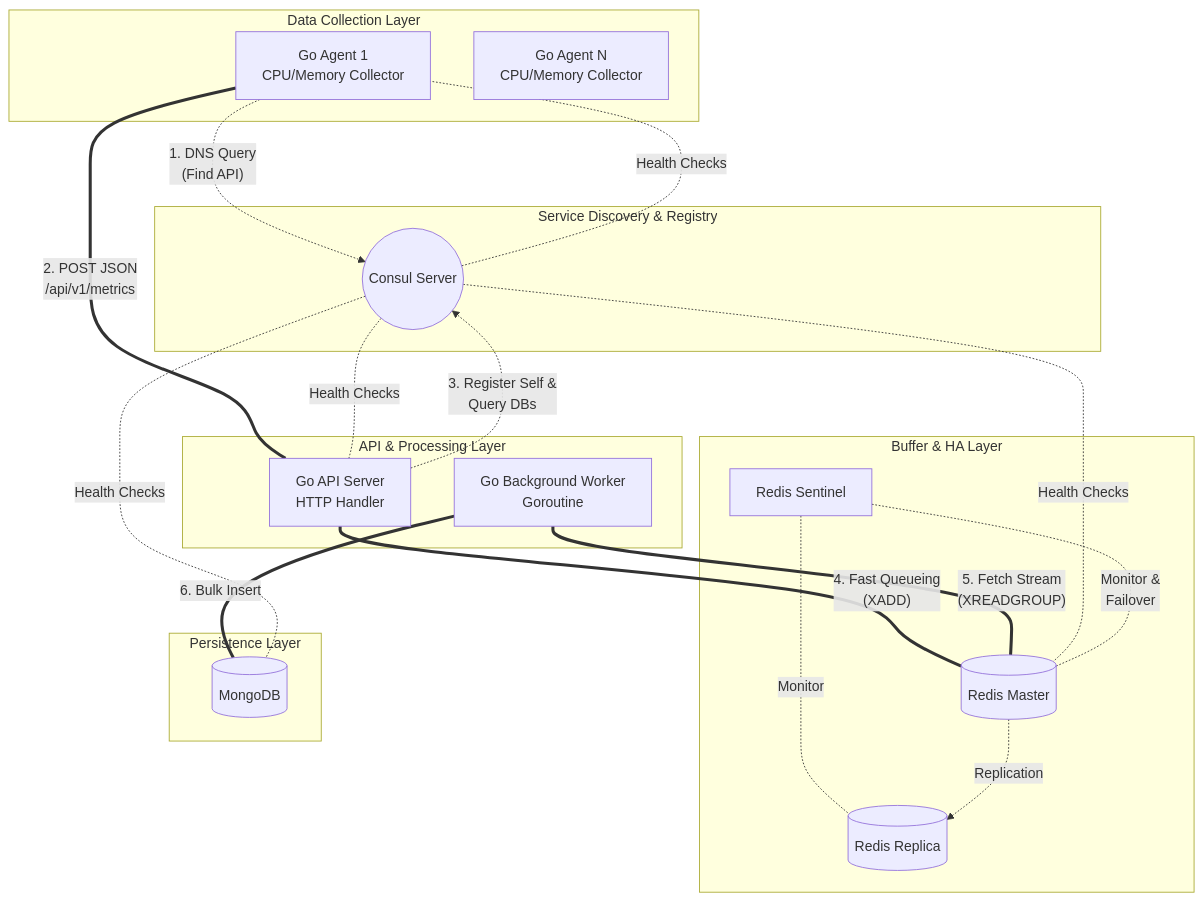
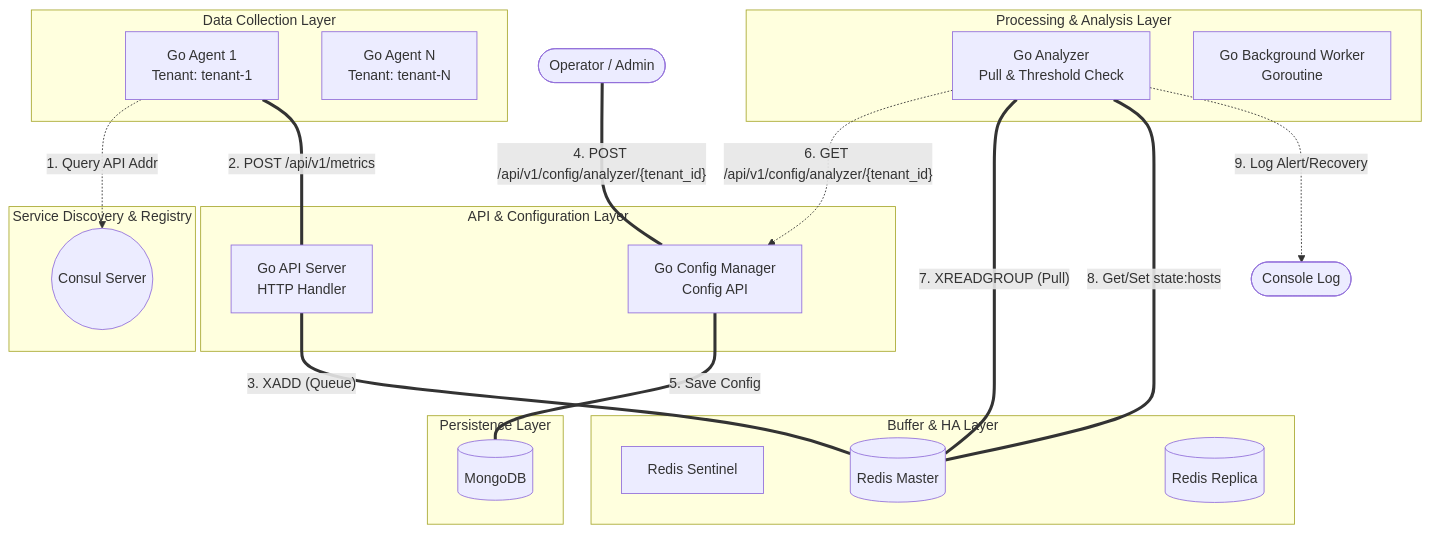
One commit to ank0chiya/watch-system changed the diagram in docs/architecture.md. Above: the diagram before and after it, drawn with Mermaid. The commit also changed other lines of this file and 11 other files, not shown here.

````diff
--- a/docs/architecture.md
+++ b/docs/architecture.md
@@ -9,48 +9,48 @@
 ```mermaid
 graph TD
     subgraph "Data Collection Layer"
-        Agent1[Go Agent 1<br/>CPU/Memory Collector]
-        Agent2[Go Agent N<br/>CPU/Memory Collector]
+        Agent1[Go Agent 1<br/>Tenant: tenant-1]
+        Agent2[Go Agent N<br/>Tenant: tenant-N]
     end
 
     subgraph "Service Discovery & Registry"
         Consul((Consul Server))
     end
 
-    subgraph "API & Processing Layer"
+    subgraph "API & Configuration Layer"
         API[Go API Server<br/>HTTP Handler]
+        ConfigMgr[Go Config Manager<br/>Config API]
+    end
+
+    subgraph "Processing & Analysis Layer"
+        Analyzer[Go Analyzer<br/>Pull & Threshold Check]
         Worker[Go Background Worker<br/>Goroutine]
     end
 
     subgraph "Buffer & HA Layer"
         Sentinel[Redis Sentinel]
         RedisM[(Redis Master)]
         RedisR[(Redis Replica)]
     end
 
     subgraph "Persistence Layer"
         Mongo[(MongoDB)]
     end
 
     %% Agent Flow
-    Agent1 -. "1. DNS Query<br/>(Find API)" .-> Consul
-    Agent1 == "2. POST JSON<br/>/api/v1/metrics" === API
+    Agent1 -. "1. Query API Addr" .-> Consul
+    Agent1 == "2. POST /api/v1/metrics" === API
     
     %% API Flow
-    API -. "3. Register Self &<br/>Query DBs" .-> Consul
-    API == "4. Fast Queueing<br/>(XADD)" === RedisM
+    API == "3. XADD (Queue)" === RedisM
     
-    %% Worker Flow
-    Worker == "5. Fetch Stream<br/>(XREADGROUP)" === RedisM
-    Worker == "6. Bulk Insert" === Mongo
+    %% Config Flow
+    User([Operator / Admin]) == "4. POST /api/v1/config/analyzer/{tenant_id}" === ConfigMgr
+    ConfigMgr == "5. Save Config" === Mongo
     
-    %% Health Checks & HA
-    Consul -. "Health Checks" .- Agent1
-    Consul -. "Health Checks" .- API
-    Consul -. "Health Checks" .- RedisM
-    Consul -. "Health Checks" .- Mongo
-    
-    Sentinel -. "Monitor &<br/>Failover" .- RedisM
-    Sentinel -. "Monitor" .- RedisR
-    RedisM -. "Replication" .-> RedisR
+    %% Analyzer Flow
+    Analyzer -. "6. GET /api/v1/config/analyzer/{tenant_id}" .-> ConfigMgr
+    Analyzer == "7. XREADGROUP (Pull)" === RedisM
+    Analyzer == "8. Get/Set state:hosts" === RedisM
+    Analyzer -. "9. Log Alert/Recovery" .-> Console([Console Log])
 ```
````
